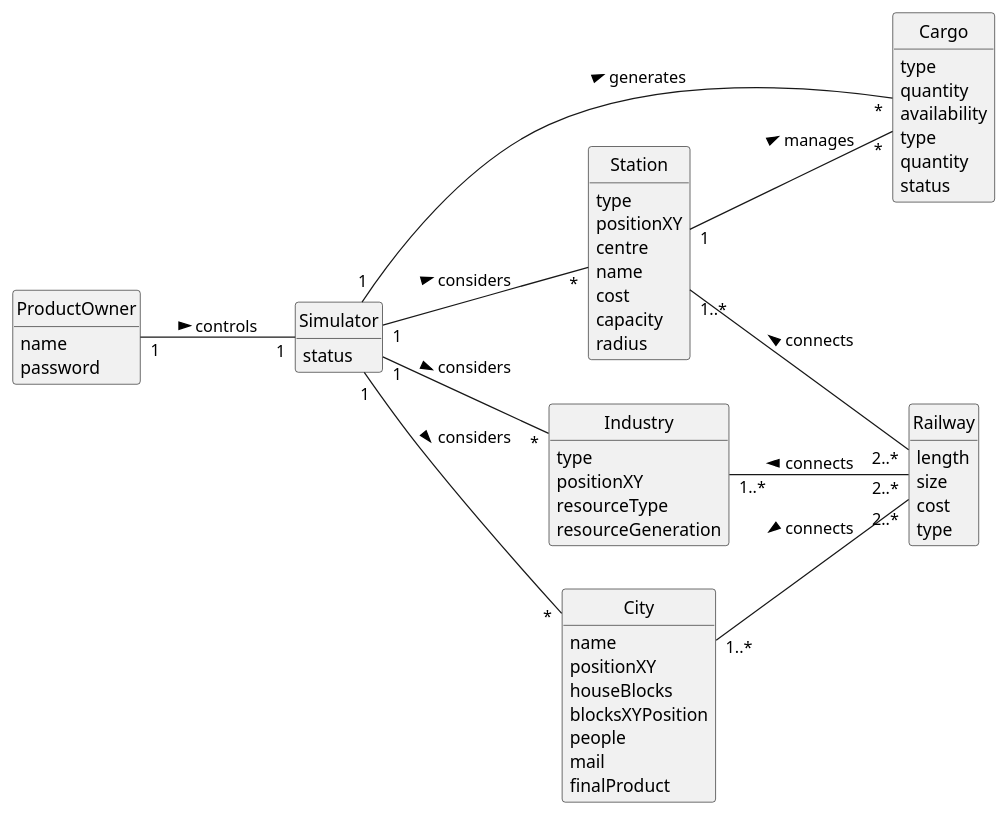
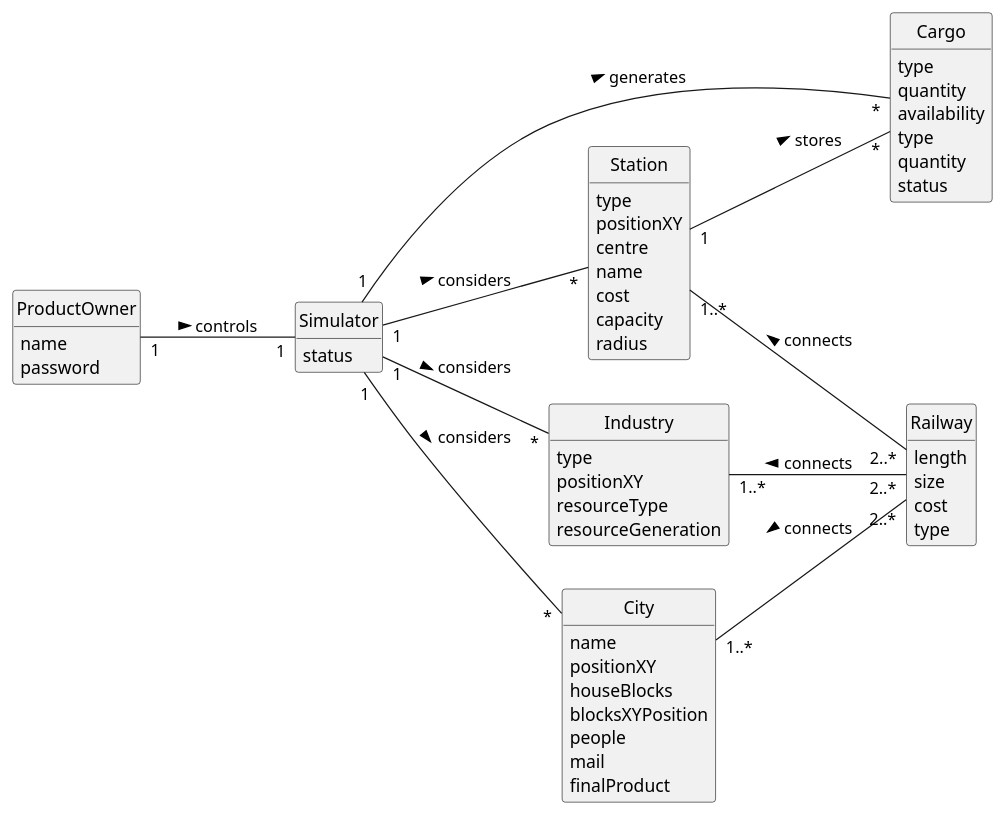
Before and after one commit to 1240935/pi2-railway-simulator: the diagram in docsFinais/US012/02.analysis/puml/US012-DM.puml, drawn with PlantUML. The commit also changed 118 other files, not shown here.

```diff
--- a/docsFinais/US012/02.analysis/puml/US012-DM.puml
+++ b/docsFinais/US012/02.analysis/puml/US012-DM.puml
@@ -1,78 +1,79 @@
 @startuml
 skinparam monochrome true
 skinparam packageStyle rectangle
 skinparam shadowing false
 'skinparam linetype ortho
 'left to right direction
 skinparam classAttributeIconSize 0
 hide circle
 hide methods
 
 left to right direction
 
 class ProductOwner {
     name
     password
 }
 
 class Cargo {
     type
     quantity
     availability
 }
 
 class Industry {
     type
     positionXY
     resourceType
     resourceGeneration
 }
 
 class Station {
     type
     positionXY
     centre
     name
     cost
     capacity
     radius
 }
 
 class Cargo {
     type
     quantity
     status
 }
 
 class City {
     name
     positionXY
     houseBlocks
     blocksXYPosition
     people
     mail
     finalProduct
 }
 
 class Railway{
     length
     size
     cost
     type
 }
 
 class Simulator{
     status
 }
 
 ProductOwner "1" -- "1" Simulator: controls >
 Simulator "1" -- "*" Cargo: generates >
 Simulator "1" -- "*" City: considers >
 Simulator "1" -- "*" Industry: considers >
 Simulator "1" -- "*" Station: considers >
-Station "1" -- "*" Cargo : manages >
+Station "1" -- "*" Cargo : stores >
 Station "1..*" -- "2..*" Railway : connects <
 City "1..*" -- "2..*" Railway : connects <
 Industry "1..*" -- "2..*" Railway : connects <
 
+
 @enduml
```
